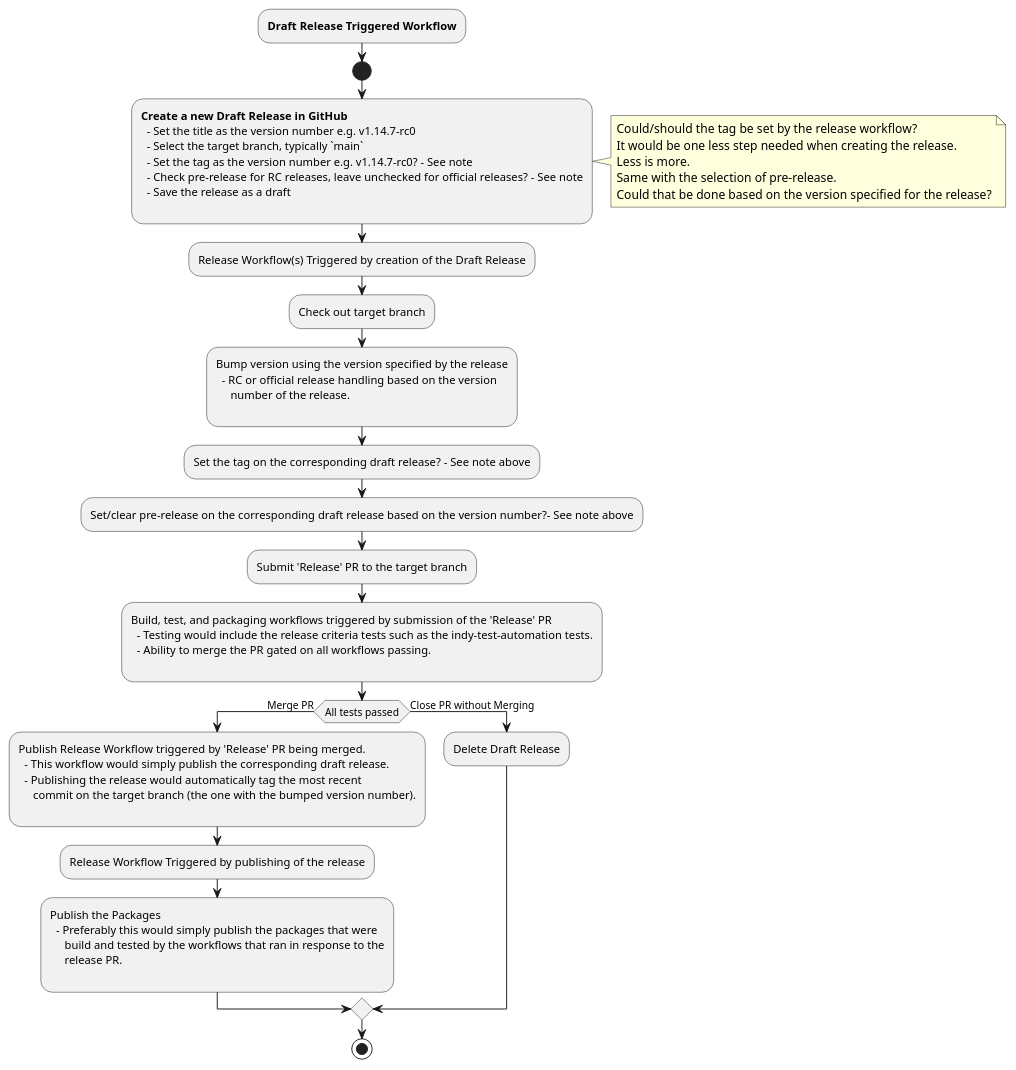
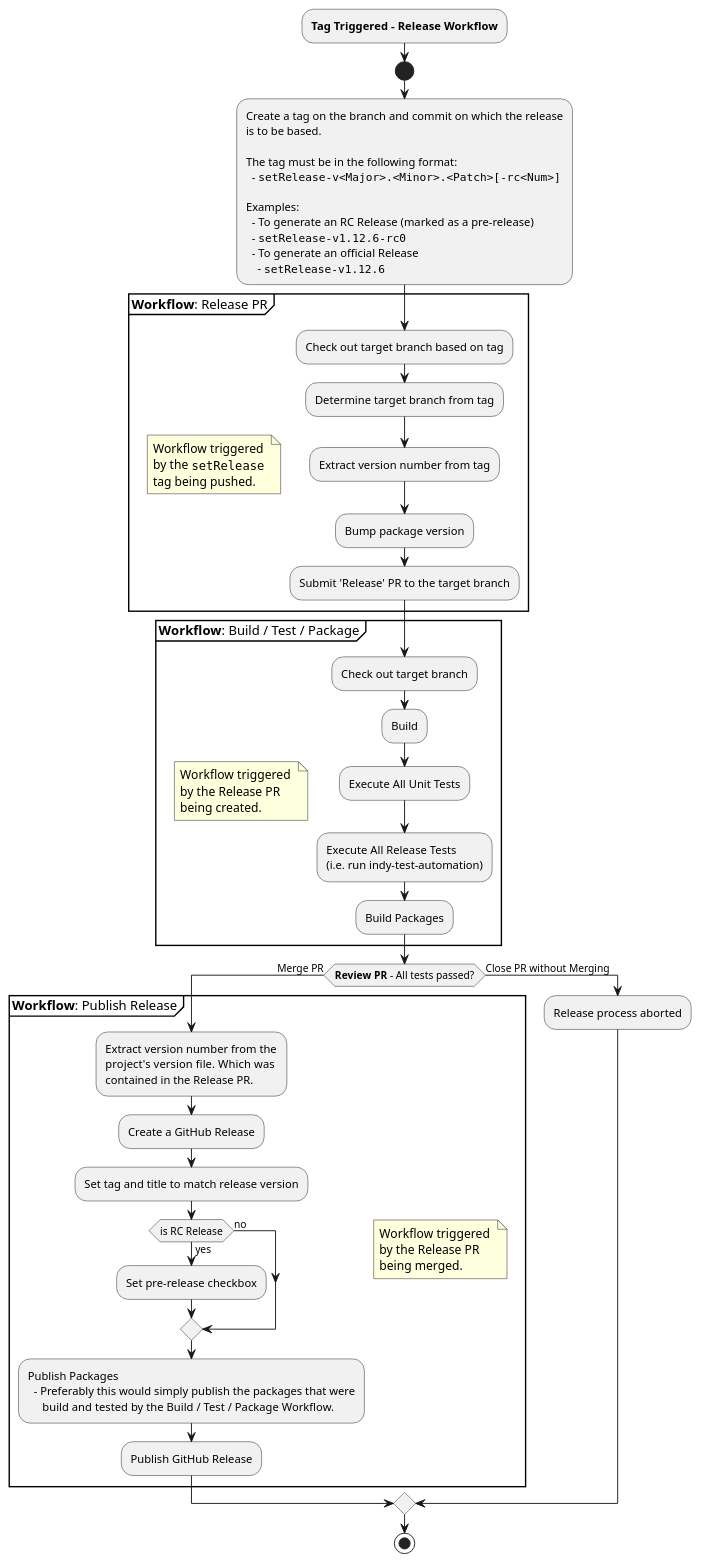
The diagram in docs/source/diagrams/release-workflow.puml (WadeBarnes/indy-plenum), drawn with PlantUML before and after one commit.

Commit message:
Switch to tag based release flow
- Draft releases don't trigger workflows.

```diff
--- a/docs/source/diagrams/release-workflow.puml
+++ b/docs/source/diagrams/release-workflow.puml
@@ -1,55 +1,76 @@
 @startuml
 
-:**Draft Release Triggered Workflow**;
+:**Tag Triggered - Release Workflow**;
 start
 
-:**Create a new Draft Release in GitHub**
-  - Set the title as the version number e.g. v1.14.7-rc0
-  - Select the target branch, typically `main`
-  - Set the tag as the version number e.g. v1.14.7-rc0? - See note
-  - Check pre-release for RC releases, leave unchecked for official releases? - See note
-  - Save the release as a draft
-;
-note right
-  Could/should the tag be set by the release workflow?
-  It would be one less step needed when creating the release.
-  Less is more.
-  Same with the selection of pre-release.
-  Could that be done based on the version specified for the release?
-end note
+:Create a tag on the branch and commit on which the release 
+is to be based. 
 
-:Release Workflow(s) Triggered by creation of the Draft Release;
-:Check out target branch;
-:Bump version using the version specified by the release
-  - RC or official release handling based on the version
-     number of the release.
-;
-:Set the tag on the corresponding draft release? - See note above;
-:Set/clear pre-release on the corresponding draft release based on the version number?- See note above;
-:Submit 'Release' PR to the target branch;
+The tag must be in the following format:
+  - ""setRelease-v<Major>.<Minor>.<Patch>[-rc<Num>]""
 
-:Build, test, and packaging workflows triggered by submission of the 'Release' PR
-  - Testing would include the release criteria tests such as the indy-test-automation tests.
-  - Ability to merge the PR gated on all workflows passing.
-;
+Examples:
+  - To generate an RC Release (marked as a pre-release)
+  - ""setRelease-v1.12.6-rc0""
+  - To generate an official Release
+    - ""setRelease-v1.12.6"";
 
-if (All tests passed) then (Merge PR)
-  :Publish Release Workflow triggered by 'Release' PR being merged.
-    - This workflow would simply publish the corresponding draft release.
-    - Publishing the release would automatically tag the most recent
-       commit on the target branch (the one with the bumped version number).
-  ;
-  
-  :Release Workflow Triggered by publishing of the release;
+partition "**Workflow**: Release PR" {
+  floating note left
+    Workflow triggered 
+    by the ""setRelease""
+    tag being pushed.
+  end note
 
-  :Publish the Packages
-    - Preferably this would simply publish the packages that were
-       build and tested by the workflows that ran in response to the
-       release PR.
-  ;
+  :Check out target branch based on tag;
+  :Determine target branch from tag;
+  :Extract version number from tag;
+  :Bump package version;
+  :Submit 'Release' PR to the target branch;
+}
+
+partition "**Workflow**: Build / Test / Package" {
+  floating note left
+    Workflow triggered 
+    by the Release PR
+    being created.
+  end note
+
+  :Check out target branch;
+  :Build;
+  :Execute All Unit Tests;
+  :Execute All Release Tests 
+  (i.e. run indy-test-automation);
+  :Build Packages;
+}
+
+if (**Review PR** - All tests passed?) then (Merge PR)
+  partition "**Workflow**: Publish Release" {
+    floating note right
+      Workflow triggered 
+      by the Release PR
+      being merged.
+    end note
+
+    :Extract version number from the 
+    project's version file.  Which was 
+    contained in the Release PR.;
+    :Create a GitHub Release;
+    :Set tag and title to match release version;
+
+    if (is RC Release) then (yes)
+      :Set pre-release checkbox;
+    else (no)
+    endif
+
+    :Publish Packages
+      - Preferably this would simply publish the packages that were
+         build and tested by the Build / Test / Package Workflow.;
+    :Publish GitHub Release;
+  }
 else (Close PR without Merging)
-  :Delete Draft Release;
+  :Release process aborted;
 endif
 
 stop
 @enduml
```
